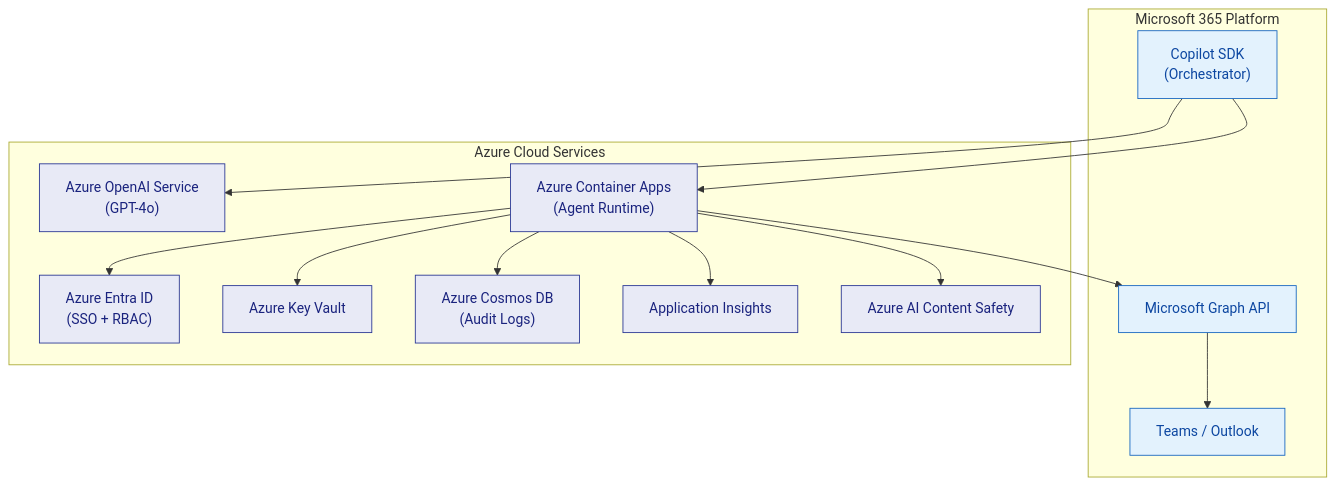
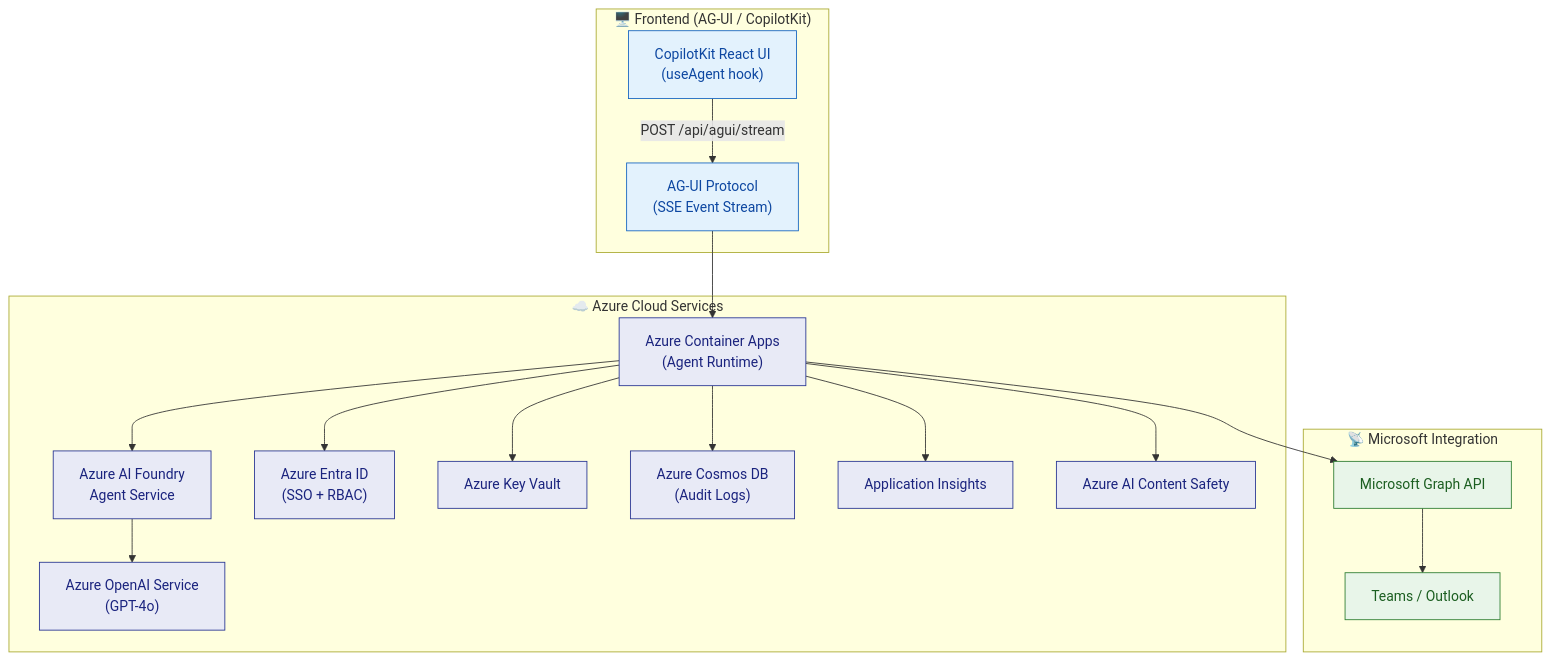
Before and after one commit to yjcmsft/Secure-Enterprise-Browser-Agentic-System: the diagram in README.md, drawn with Mermaid. The commit also changed other lines of this file and 16 other files, not shown here.

````diff
--- a/README.md
+++ b/README.md
@@ -116,34 +119,43 @@
 ```mermaid
 flowchart TB
-    subgraph M365["Microsoft 365 Platform"]
-        CopilotSDK["Copilot SDK\n(Orchestrator)"]
-        Teams["Teams / Outlook"]
-        Graph["Microsoft Graph API"]
+    subgraph Frontend["🖥️ Frontend (AG-UI / CopilotKit)"]
+        CopilotKitUI["CopilotKit React UI\n(useAgent hook)"]
+        AGUI["AG-UI Protocol\n(SSE Event Stream)"]
     end
 
-    subgraph Azure["Azure Cloud Services"]
+    subgraph Azure["☁️ Azure Cloud Services"]
+        Foundry["Azure AI Foundry\nAgent Service"]
         AOAI["Azure OpenAI Service\n(GPT-4o)"]
         EntraID["Azure Entra ID\n(SSO + RBAC)"]
         ContainerApps["Azure Container Apps\n(Agent Runtime)"]
         KeyVault["Azure Key Vault"]
         CosmosDB["Azure Cosmos DB\n(Audit Logs)"]
         AppInsights["Application Insights"]
         ContentSafety["Azure AI Content Safety"]
     end
 
-    CopilotSDK --> AOAI
-    CopilotSDK --> ContainerApps
+    subgraph Integration["📡 Microsoft Integration"]
+        Graph["Microsoft Graph API"]
+        Teams["Teams / Outlook"]
+    end
+
+    CopilotKitUI -->|"POST /api/agui/stream"| AGUI
+    AGUI --> ContainerApps
+    ContainerApps --> Foundry
+    Foundry --> AOAI
     ContainerApps --> EntraID
     ContainerApps --> KeyVault
     ContainerApps --> CosmosDB
     ContainerApps --> AppInsights
     ContainerApps --> ContentSafety
     ContainerApps --> Graph
     Graph --> Teams
 
-    classDef m365 fill:#E3F2FD,stroke:#1565C0,color:#0D47A1
+    classDef frontend fill:#E3F2FD,stroke:#1565C0,color:#0D47A1
     classDef azure fill:#E8EAF6,stroke:#283593,color:#1A237E
+    classDef integration fill:#E8F5E9,stroke:#2E7D32,color:#1B5E20
 
-    class CopilotSDK,Teams,Graph m365
-    class AOAI,EntraID,ContainerApps,KeyVault,CosmosDB,AppInsights,ContentSafety azure
+    class CopilotKitUI,AGUI frontend
+    class Foundry,AOAI,EntraID,ContainerApps,KeyVault,CosmosDB,AppInsights,ContentSafety azure
+    class Graph,Teams integration
 ```
````
